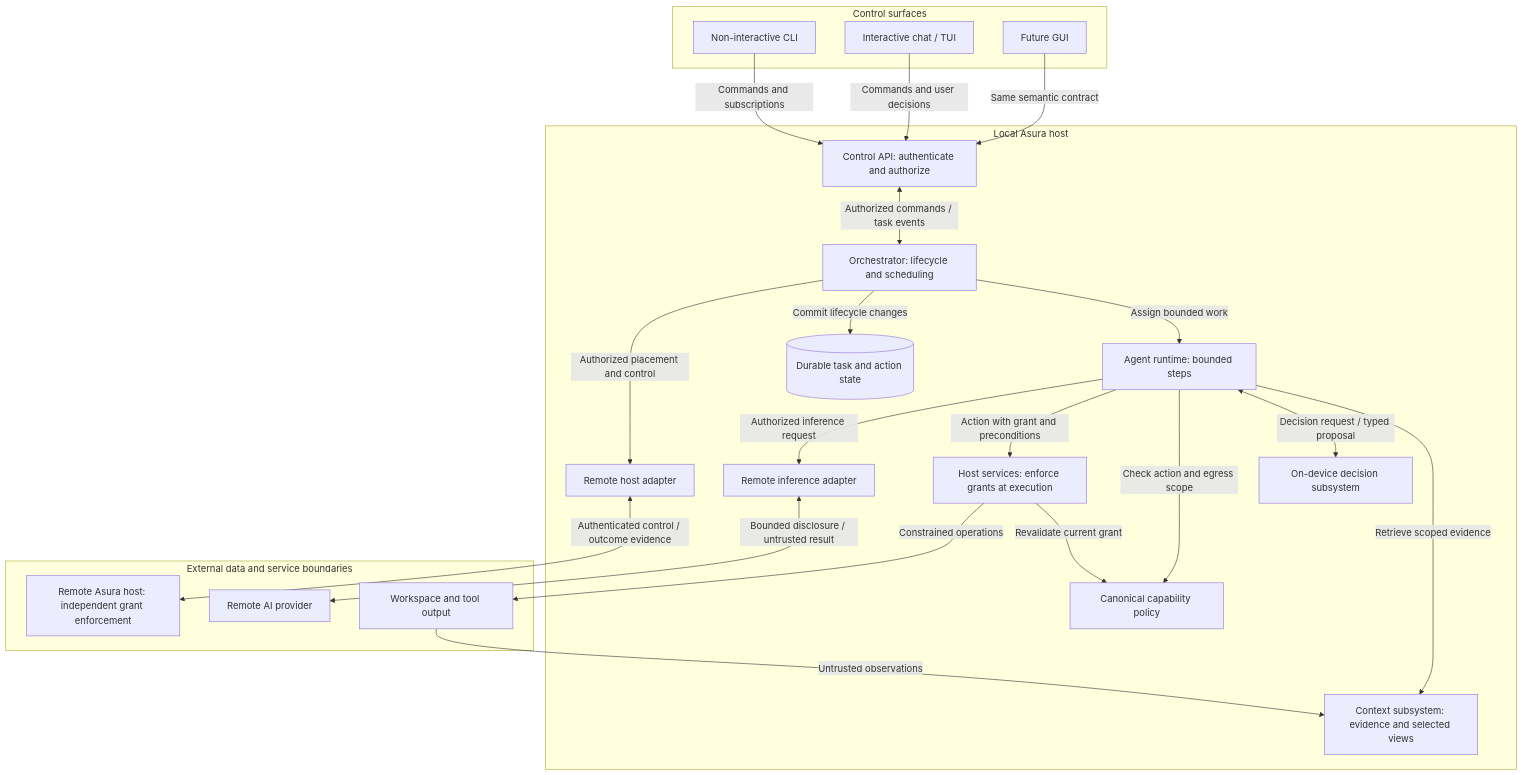
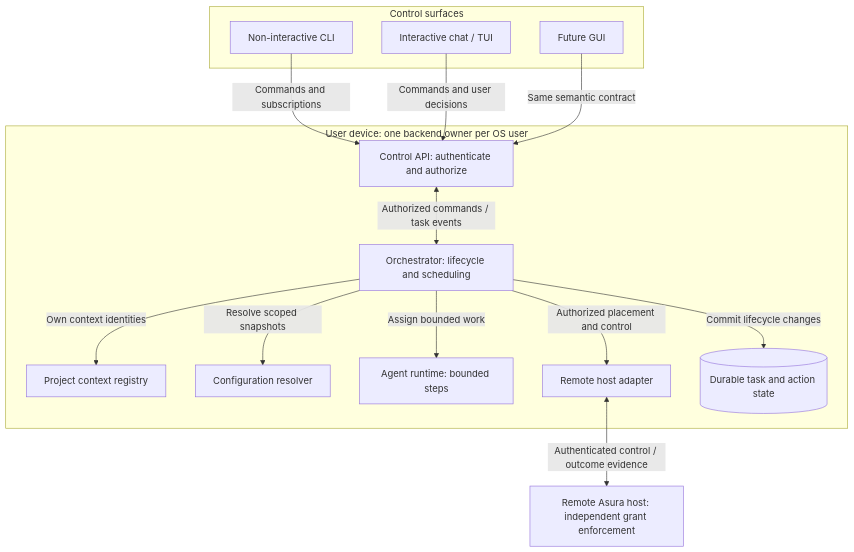
The first of 4 diagrams in docs/architecture.md (pidster/asura), drawn with Mermaid before and after one commit. The commit also changed other lines of this file and 11 other files, not shown here.

Commit message:
Define per-user service and hierarchical configuration design

````diff
--- a/docs/architecture.md
+++ b/docs/architecture.md
@@ -65,42 +76,28 @@
 ```mermaid
 flowchart TB
     subgraph Clients["Control surfaces"]
         CLI["Non-interactive CLI"]
         TUI["Interactive chat / TUI"]
         GUI["Future GUI"]
     end
-    subgraph Local["Local Asura host"]
+    subgraph Local["User device: one backend owner per OS user"]
         API["Control API: authenticate and authorize"]
         Orch["Orchestrator: lifecycle and scheduling"]
+        Registry["Project context registry"]
+        Config["Configuration resolver"]
         Agent["Agent runtime: bounded steps"]
-        Model["On-device decision subsystem"]
-        Context["Context subsystem: evidence and selected views"]
-        Policy["Canonical capability policy"]
-        Host["Host services: enforce grants at execution"]
-        AIAdapter["Remote inference adapter"]
         HostAdapter["Remote host adapter"]
         State[("Durable task and action state")]
     end
-    subgraph External["External data and service boundaries"]
-        Workspace["Workspace and tool output"]
-        Provider["Remote AI provider"]
-        Remote["Remote Asura host: independent grant enforcement"]
-    end
+    Remote["Remote Asura host: independent grant enforcement"]
     CLI -->|Commands and subscriptions| API
     TUI -->|Commands and user decisions| API
     GUI -->|Same semantic contract| API
     API <-->|Authorized commands / task events| Orch
+    Orch -->|Own context identities| Registry
+    Orch -->|Resolve scoped snapshots| Config
     Orch -->|Assign bounded work| Agent
     Orch -->|Commit lifecycle changes| State
-    Agent -->|Retrieve scoped evidence| Context
-    Agent <-->|Decision request / typed proposal| Model
-    Agent -->|Check action and egress scope| Policy
-    Agent -->|Action with grant and preconditions| Host
-    Host -->|Revalidate current grant| Policy
-    Host -->|Constrained operations| Workspace
-    Workspace -->|Untrusted observations| Context
-    Agent -->|Authorized inference request| AIAdapter
-    AIAdapter <-->|Bounded disclosure / untrusted result| Provider
     Orch -->|Authorized placement and control| HostAdapter
     HostAdapter <-->|Authenticated control / outcome evidence| Remote
 ```
````
